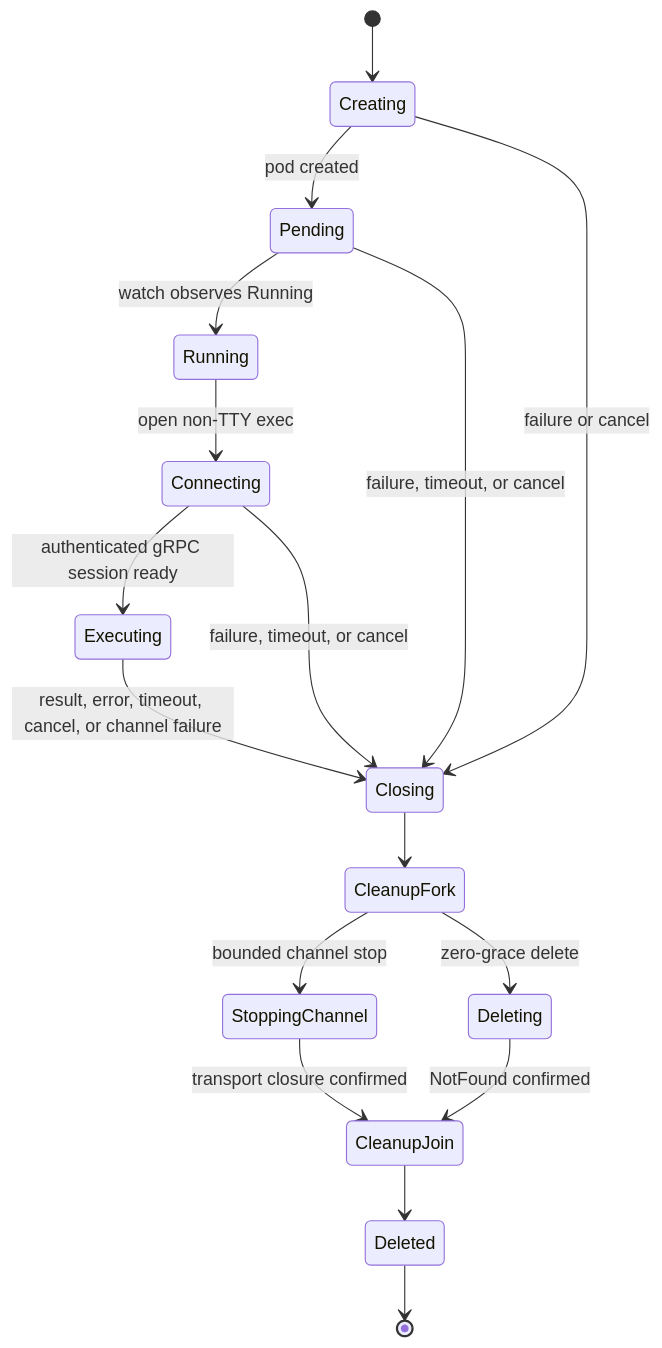
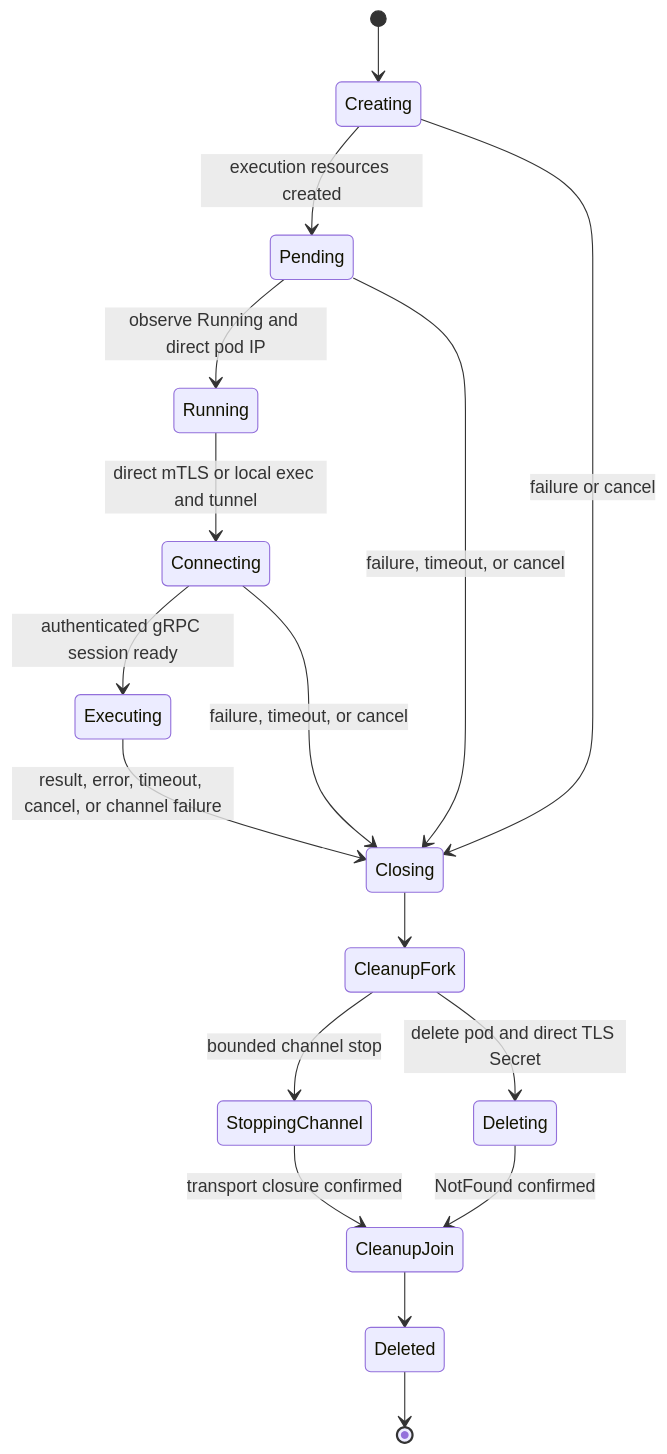
Before and after one commit to oracle/mcp: the second of 2 diagrams in src/oci-javascript-mcp-server/docs/architecture-and-isolation-design.md, drawn with Mermaid. The commit also changed other lines of this file and 9 other files, not shown here.

````diff
--- a/src/oci-javascript-mcp-server/docs/architecture-and-isolation-design.md
+++ b/src/oci-javascript-mcp-server/docs/architecture-and-isolation-design.md
@@ -527,21 +560,21 @@
 ```mermaid
 stateDiagram-v2
   [*] --> Creating
-  Creating --> Pending: pod created
-  Pending --> Running: watch observes Running
-  Running --> Connecting: open non-TTY exec
+  Creating --> Pending: execution resources created
+  Pending --> Running: observe Running and direct pod IP
+  Running --> Connecting: direct mTLS or local exec and tunnel
   Connecting --> Executing: authenticated gRPC session ready
   Executing --> Closing: result, error, timeout, cancel, or channel failure
   Creating --> Closing: failure or cancel
   Pending --> Closing: failure, timeout, or cancel
   Connecting --> Closing: failure, timeout, or cancel
   Closing --> CleanupFork
   state CleanupFork <<fork>>
   CleanupFork --> StoppingChannel: bounded channel stop
-  CleanupFork --> Deleting: zero-grace delete
+  CleanupFork --> Deleting: delete pod and direct TLS Secret
   StoppingChannel --> CleanupJoin: transport closure confirmed
   Deleting --> CleanupJoin: NotFound confirmed
   state CleanupJoin <<join>>
   CleanupJoin --> Deleted
   Deleted --> [*]
 ```
````
